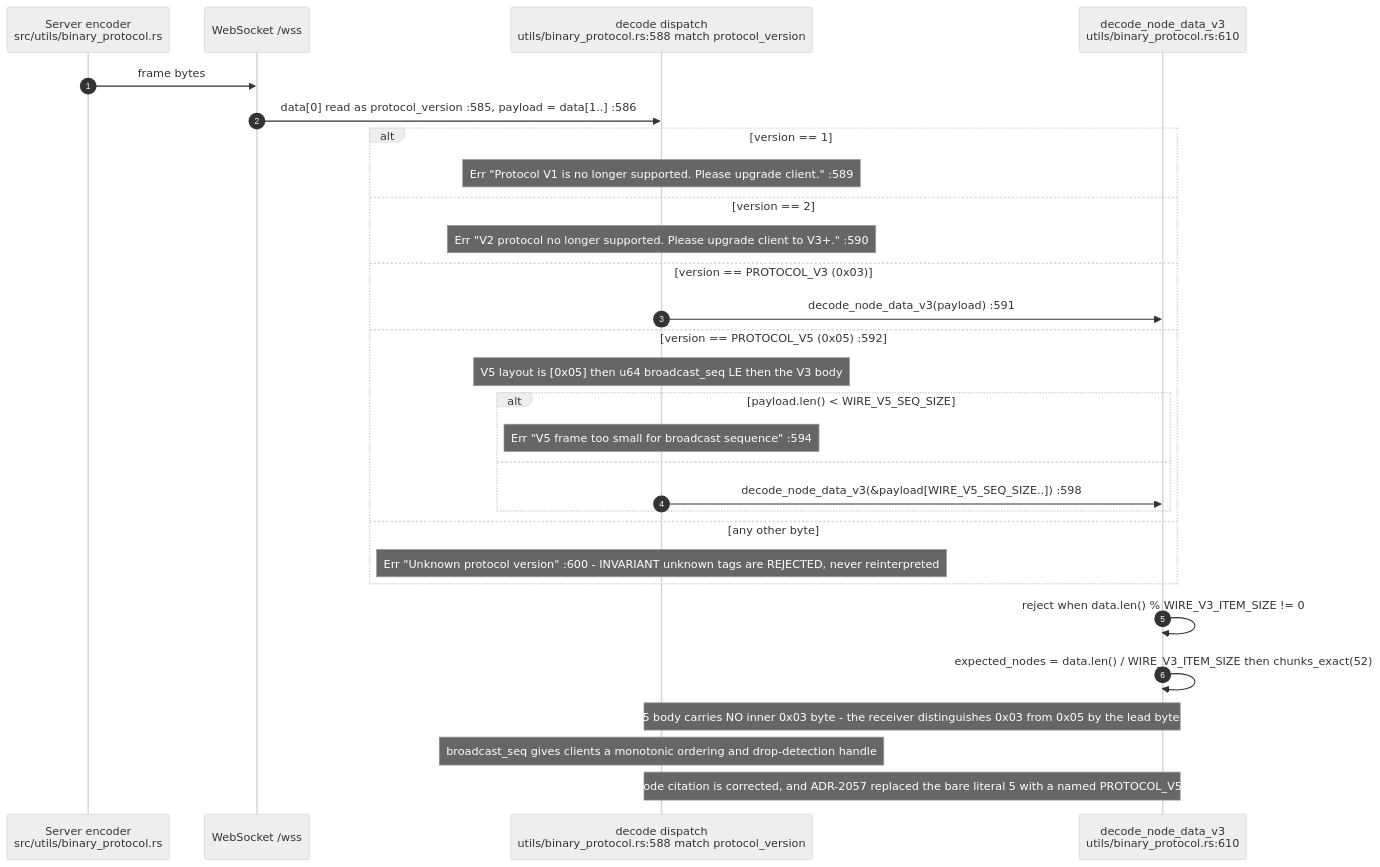
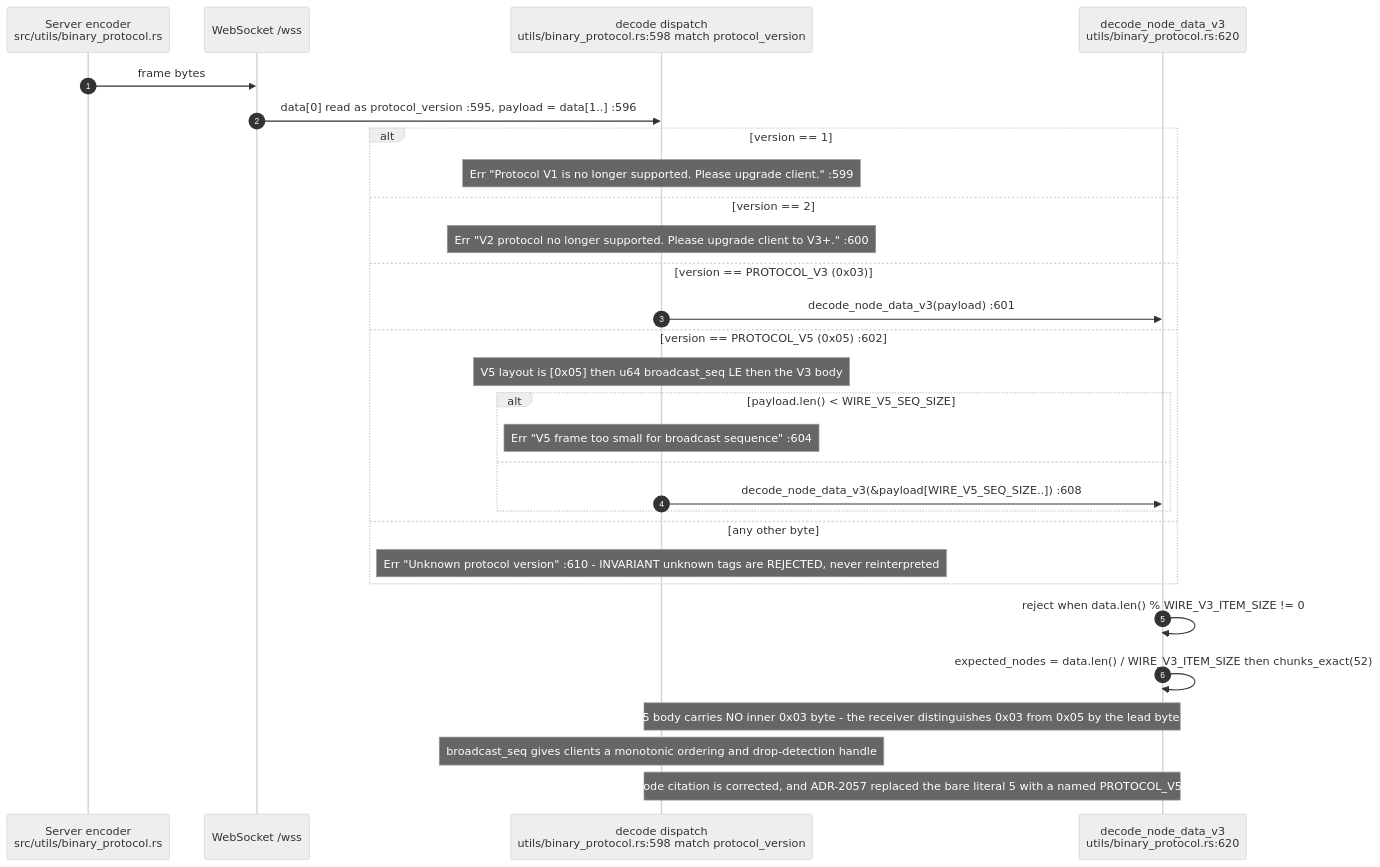
Before and after one commit to DreamLab-AI/VisionFlow: the fourth of 9 diagrams in docs/diagrams/visionclaw/14-wire-frames-and-tag-registry.md, drawn with Mermaid (neutral theme). The commit also changed other lines of this file and 32 other files, not shown here.

````diff
--- a/docs/diagrams/visionclaw/14-wire-frames-and-tag-registry.md
+++ b/docs/diagrams/visionclaw/14-wire-frames-and-tag-registry.md
@@ -137,32 +137,32 @@
 ```mermaid
 sequenceDiagram
     autonumber
     participant SRV as Server encoder<br/>src/utils/binary_protocol.rs
     participant SOCK as WebSocket /wss
-    participant DEC as decode dispatch<br/>utils/binary_protocol.rs:588 match protocol_version
-    participant V3 as decode_node_data_v3<br/>utils/binary_protocol.rs:610
+    participant DEC as decode dispatch<br/>utils/binary_protocol.rs:598 match protocol_version
+    participant V3 as decode_node_data_v3<br/>utils/binary_protocol.rs:620
 
     SRV->>SOCK: frame bytes
-    SOCK->>DEC: data[0] read as protocol_version :585, payload = data[1..] :586
+    SOCK->>DEC: data[0] read as protocol_version :595, payload = data[1..] :596
     alt version == 1
-        Note over DEC: Err "Protocol V1 is no longer supported. Please upgrade client." :589
+        Note over DEC: Err "Protocol V1 is no longer supported. Please upgrade client." :599
     else version == 2
-        Note over DEC: Err "V2 protocol no longer supported. Please upgrade client to V3+." :590
+        Note over DEC: Err "V2 protocol no longer supported. Please upgrade client to V3+." :600
     else version == PROTOCOL_V3 (0x03)
-        DEC->>V3: decode_node_data_v3(payload) :591
-    else version == PROTOCOL_V5 (0x05) :592
+        DEC->>V3: decode_node_data_v3(payload) :601
+    else version == PROTOCOL_V5 (0x05) :602
         Note over DEC: V5 layout is [0x05] then u64 broadcast_seq LE then the V3 body
         alt payload.len() < WIRE_V5_SEQ_SIZE
-            Note over DEC: Err "V5 frame too small for broadcast sequence" :594
+            Note over DEC: Err "V5 frame too small for broadcast sequence" :604
         else
-            DEC->>V3: decode_node_data_v3(&payload[WIRE_V5_SEQ_SIZE..]) :598
+            DEC->>V3: decode_node_data_v3(&payload[WIRE_V5_SEQ_SIZE..]) :608
         end
     else any other byte
-        Note over DEC: Err "Unknown protocol version" :600 - INVARIANT unknown tags are REJECTED, never reinterpreted
+        Note over DEC: Err "Unknown protocol version" :610 - INVARIANT unknown tags are REJECTED, never reinterpreted
     end
     V3->>V3: reject when data.len() % WIRE_V3_ITEM_SIZE != 0
     V3->>V3: expected_nodes = data.len() / WIRE_V3_ITEM_SIZE then chunks_exact(52)
     Note over DEC,V3: The V5 body carries NO inner 0x03 byte - the receiver distinguishes 0x03 from 0x05 by the lead byte alone
     Note over DEC: broadcast_seq gives clients a monotonic ordering and drop-detection handle
     Note over DEC,V3: RESOLVED ADR-2060 - the V5 decode citation is corrected, and ADR-2057 replaced the bare literal 5 with a named PROTOCOL_V5 constant and WIRE_V5_SEQ_SIZE
 ```
````
